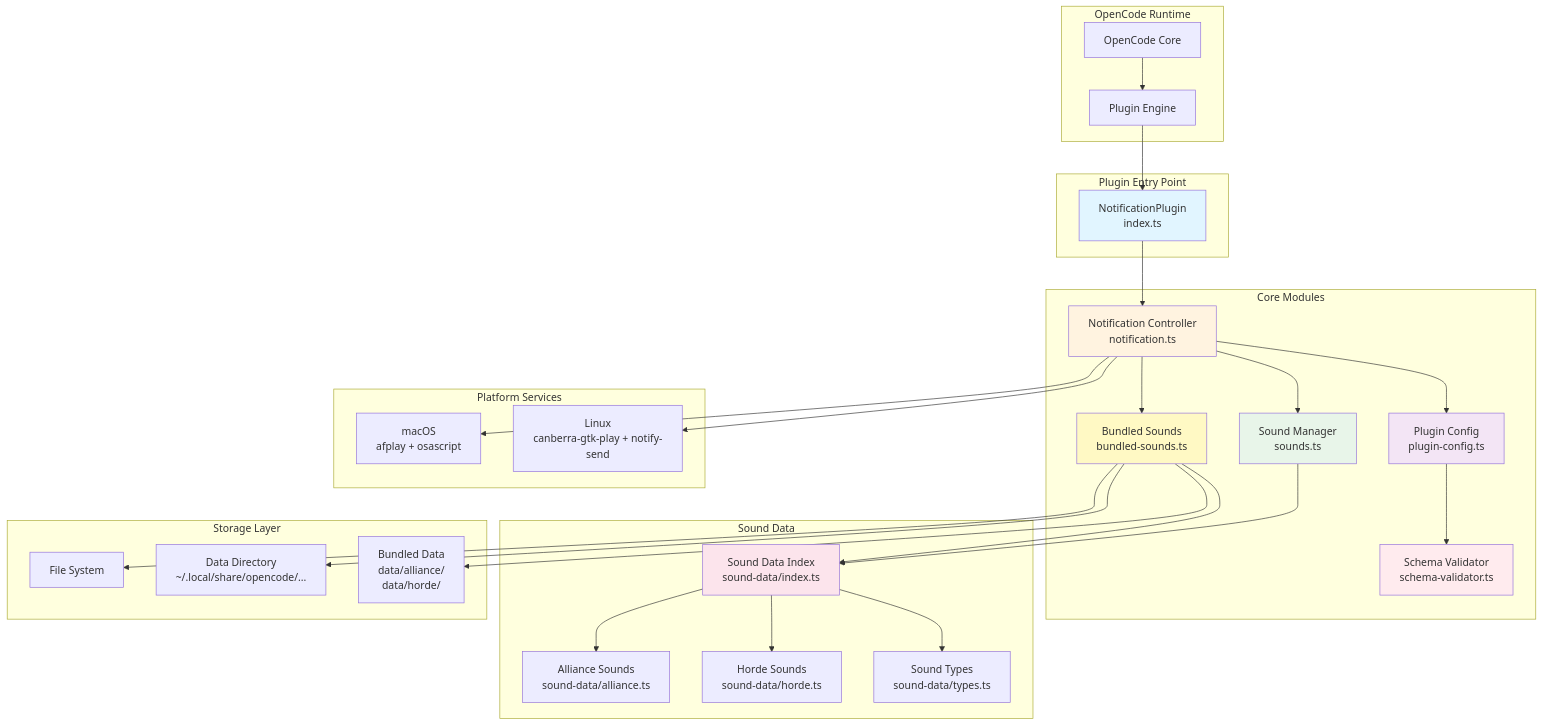
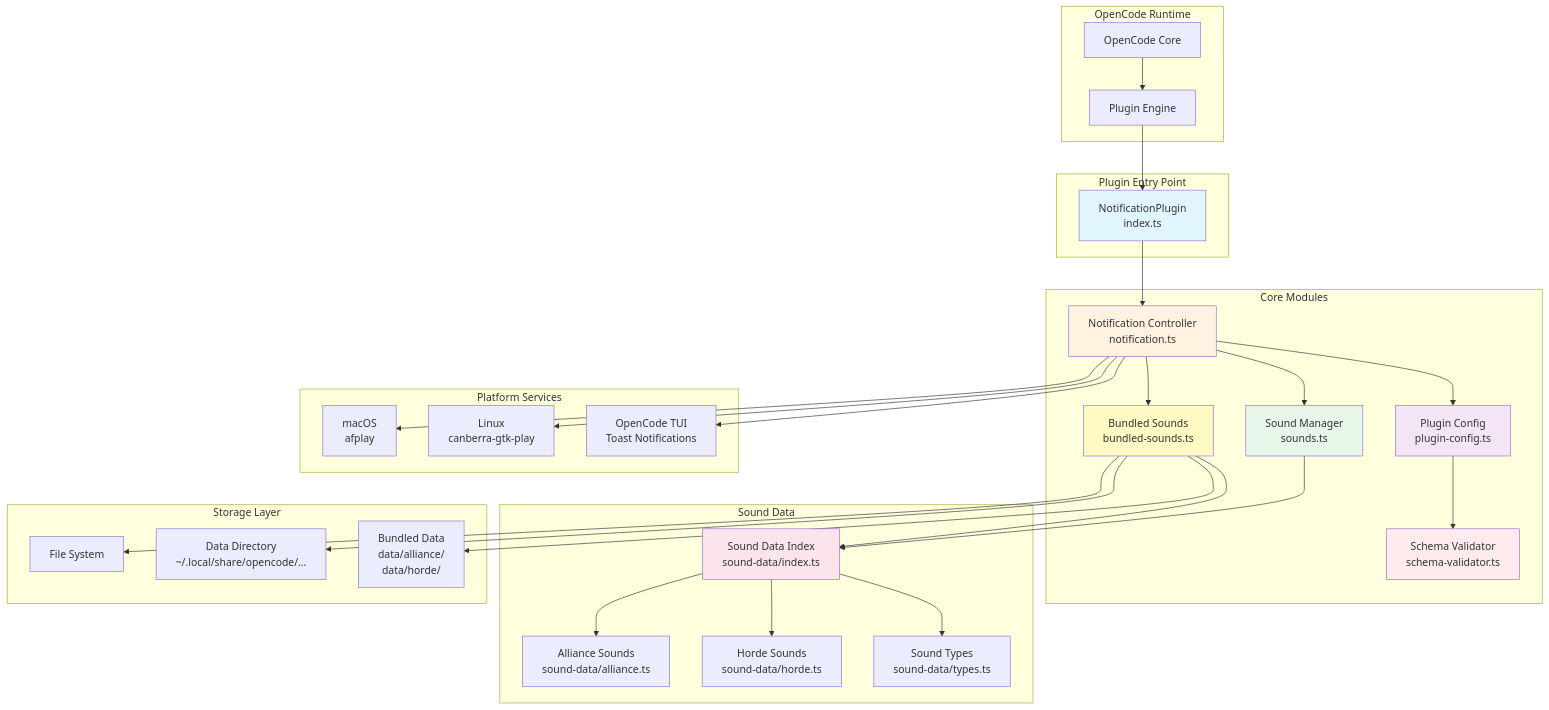
Before and after one commit to pantheon-org/opencode-warcraft-notifications: the first of 18 diagrams in docs/src/content/docs/architecture.md, drawn with Mermaid. The commit also changed other lines of this file and 29 other files, not shown here.

````diff
--- a/docs/src/content/docs/architecture.md
+++ b/docs/src/content/docs/architecture.md
@@ -14,63 +14,65 @@
 ```mermaid
 graph TB
     subgraph "OpenCode Runtime"
         OC[OpenCode Core]
         PE[Plugin Engine]
     end
 
     subgraph "Plugin Entry Point"
         NP[NotificationPlugin<br/>index.ts]
     end
 
     subgraph "Core Modules"
         NC[Notification Controller<br/>notification.ts]
         SV[Schema Validator<br/>schema-validator.ts]
         PC[Plugin Config<br/>plugin-config.ts]
         SM[Sound Manager<br/>sounds.ts]
         BS[Bundled Sounds<br/>bundled-sounds.ts]
     end
 
     subgraph "Sound Data"
         SD[Sound Data Index<br/>sound-data/index.ts]
         AS[Alliance Sounds<br/>sound-data/alliance.ts]
         HS[Horde Sounds<br/>sound-data/horde.ts]
         ST[Sound Types<br/>sound-data/types.ts]
     end
 
     subgraph "Storage Layer"
         FS[File System]
         DD[Data Directory<br/>~/.local/share/opencode/...]
         BD[Bundled Data<br/>data/alliance/<br/>data/horde/]
     end
 
     subgraph "Platform Services"
-        MAC[macOS<br/>afplay + osascript]
-        LIN[Linux<br/>canberra-gtk-play + notify-send]
+        MAC[macOS<br/>afplay]
+        LIN[Linux<br/>canberra-gtk-play]
+        TUI[OpenCode TUI<br/>Toast Notifications]
     end
 
     OC --> PE
     PE --> NP
     NP --> NC
     NC --> PC
     PC --> SV
     NC --> SM
     NC --> BS
     SM --> SD
     BS --> SD
     SD --> AS
     SD --> HS
     SD --> ST
     BS --> FS
     BS --> DD
     BS --> BD
     NC --> MAC
     NC --> LIN
+    NC --> TUI
 
     style NP fill:#e1f5ff
     style NC fill:#fff3e0
     style SV fill:#ffebee
     style PC fill:#f3e5f5
     style SM fill:#e8f5e9
     style BS fill:#fff9c4
     style SD fill:#fce4ec
 ```
````
